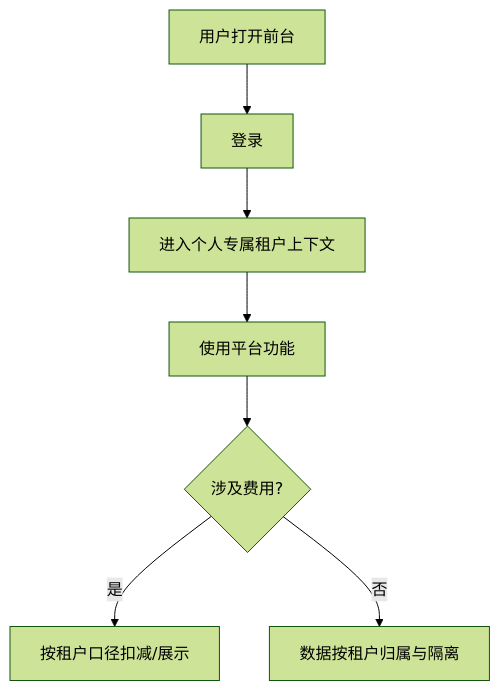
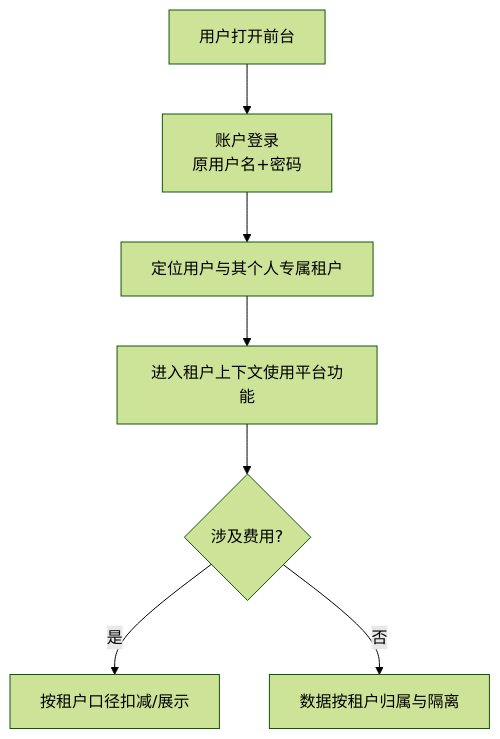
Before and after one commit to Deliay/z-agent-gear: the second of 4 diagrams in docs/product/draft/20261027-multi-tenant-phase1.md, drawn with Mermaid (forest theme). The commit also changed other lines of this file and 3 other files, not shown here.

````diff
--- a/docs/product/draft/20261027-multi-tenant-phase1.md
+++ b/docs/product/draft/20261027-multi-tenant-phase1.md
@@ -134,9 +146,9 @@
 ```mermaid
 flowchart TD
-    A[用户打开前台] --> B[登录]
-    B --> C[进入个人专属租户上下文]
-    C --> D[使用平台功能]
+    A[用户打开前台] --> B[账户登录<br/>原用户名+密码]
+    B --> C[定位用户与其个人专属租户]
+    C --> D[进入租户上下文使用平台功能]
     D --> E{涉及费用?}
     E -->|是| F[按租户口径扣减/展示]
     E -->|否| G[数据按租户归属与隔离]
 ```
````
